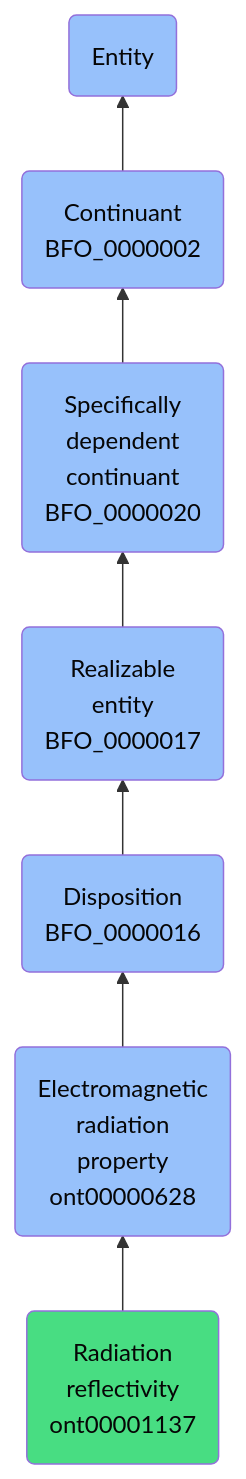
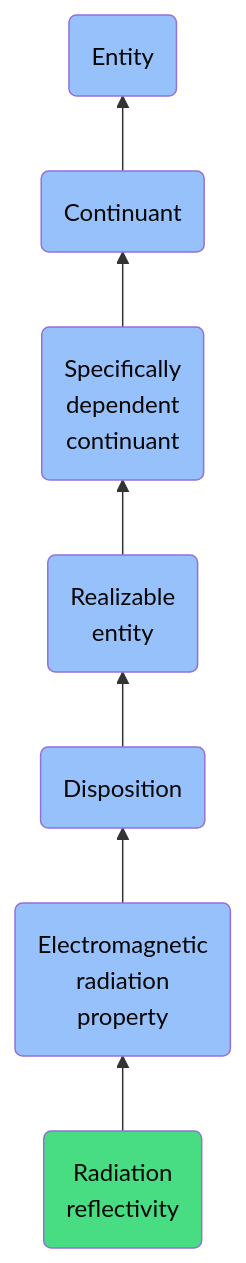
One commit to jupyter-naas/abi changed the diagram in docs/ontology/reference/model/Entity/Continuant/Specifically dependent continuant/Realizable entity/Disposition/Electromagnetic radiation property/Radiation reflectivity/Radiation reflectivity.md. Above: the diagram before and after it, drawn with Mermaid. The commit also changed other lines of this file and 1430 other files, not shown here.

````diff
--- a/docs/ontology/reference/model/Entity/Continuant/Specifically dependent continuant/Realizable entity/Disposition/Electromagnetic radiation property/Radiation reflectivity/Radiation reflectivity.md
+++ b/docs/ontology/reference/model/Entity/Continuant/Specifically dependent continuant/Realizable entity/Disposition/Electromagnetic radiation property/Radiation reflectivity/Radiation reflectivity.md
@@ -24,14 +24,14 @@
 ```mermaid
 graph BT
-    ont00001137(Radiation<br>reflectivity<br>ont00001137):::ABI-->ont00000628
-    ont00000628(Electromagnetic<br>radiation<br>property<br>ont00000628):::BFO-->BFO_0000016
-    BFO_0000016(Disposition<br>BFO_0000016):::BFO-->BFO_0000017
-    BFO_0000017(Realizable<br>entity<br>BFO_0000017):::BFO-->BFO_0000020
-    BFO_0000020(Specifically<br>dependent<br>continuant<br>BFO_0000020):::BFO-->BFO_0000002
-    BFO_0000002(Continuant<br>BFO_0000002):::BFO-->BFO_0000001
+    ont00001137(Radiation<br>reflectivity):::ABI-->ont00000628
+    ont00000628(Electromagnetic<br>radiation<br>property):::BFO-->BFO_0000016
+    BFO_0000016(Disposition):::BFO-->BFO_0000017
+    BFO_0000017(Realizable<br>entity):::BFO-->BFO_0000020
+    BFO_0000020(Specifically<br>dependent<br>continuant):::BFO-->BFO_0000002
+    BFO_0000002(Continuant):::BFO-->BFO_0000001
     BFO_0000001(Entity):::BFO
     
     classDef BFO fill:#97c1fb,color:#060606
     classDef CCO fill:#e4c51e,color:#060606
     classDef ABI fill:#48DD82,color:#060606
 ```
````
